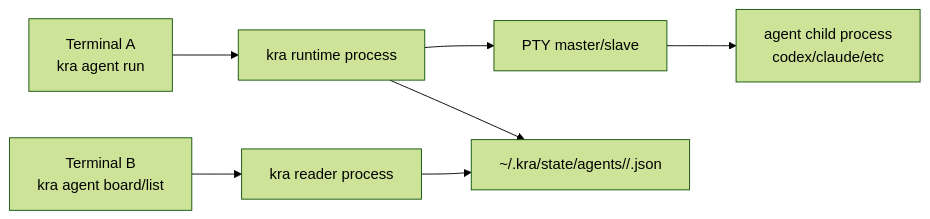
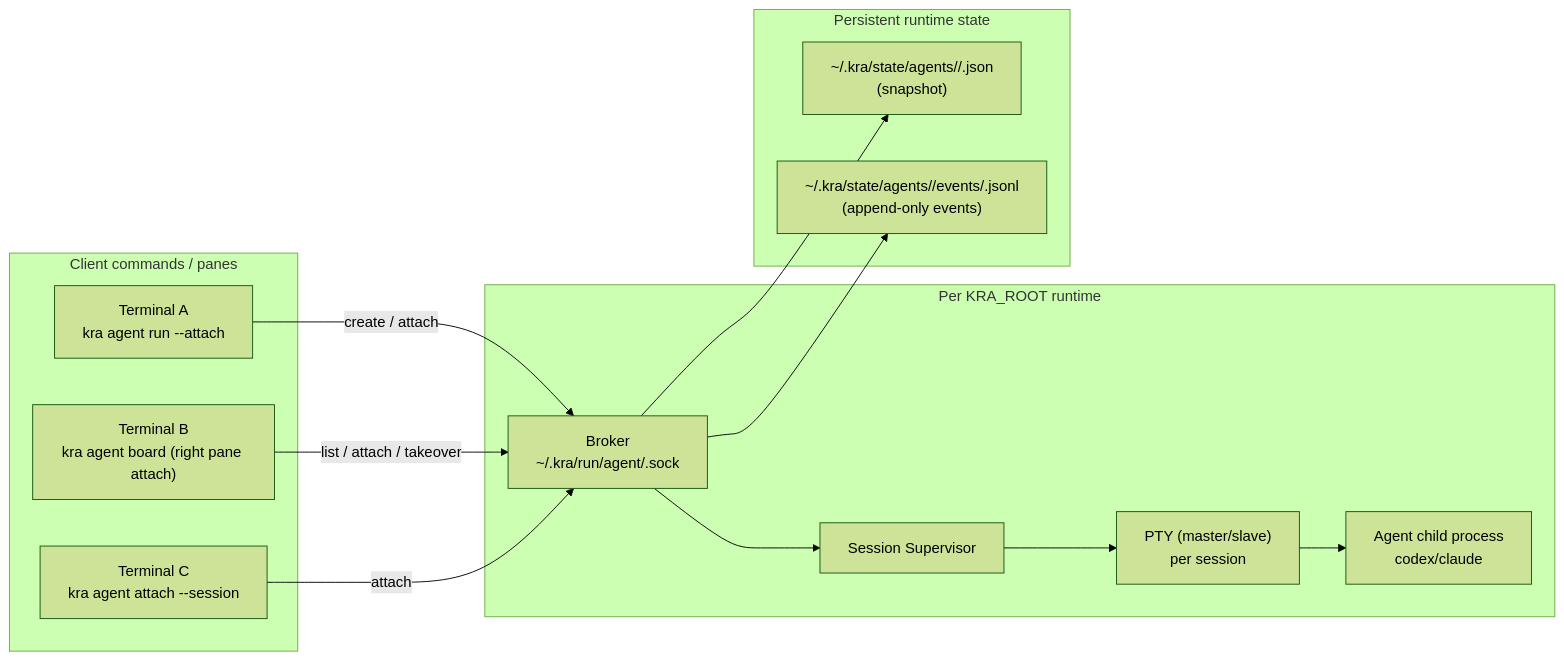
The first of 3 diagrams in docs/spec/concepts/agent-runtime.md (tasuku43/kra), drawn with Mermaid (forest theme) before and after one commit. The commit also changed other lines of this file and 5 other files, not shown here.

Commit message:
docs(agent): define broker-based runtime and attach model

````diff
--- a/docs/spec/concepts/agent-runtime.md
+++ b/docs/spec/concepts/agent-runtime.md
@@ -30,10 +57,29 @@
 ```mermaid
 flowchart LR
-  U1[Terminal A\nkra agent run] --> KR1[kra runtime process]
-  KR1 --> PTY[PTY master/slave]
-  PTY --> AGT[agent child process\ncodex/claude/etc]
-  KR1 --> ST[~/.kra/state/agents/<root-hash>/<session-id>.json]
+  subgraph ClientSide["Client commands / panes"]
+    C1["Terminal A<br>kra agent run --attach"]
+    C2["Terminal B<br>kra agent board (right pane attach)"]
+    C3["Terminal C<br>kra agent attach --session <id>"]
+  end
 
-  U2[Terminal B\nkra agent board/list] --> KR2[kra reader process]
-  KR2 --> ST
+  subgraph Runtime["Per KRA_ROOT runtime"]
+    B["Broker<br>~/.kra/run/agent/<root-hash>.sock"]
+    S1["Session Supervisor"]
+    P["PTY (master/slave)<br>per session"]
+    A["Agent child process<br>codex/claude"]
+  end
+
+  subgraph State["Persistent runtime state"]
+    SNAP["~/.kra/state/agents/<root-hash>/<session-id>.json<br>(snapshot)"]
+    EVT["~/.kra/state/agents/<root-hash>/events/<session-id>.jsonl<br>(append-only events)"]
+  end
+
+  C1 -->|create / attach| B
+  C2 -->|list / attach / takeover| B
+  C3 -->|attach| B
+  B --> S1
+  S1 --> P
+  P --> A
+  B --> SNAP
+  B --> EVT
 ```
````
